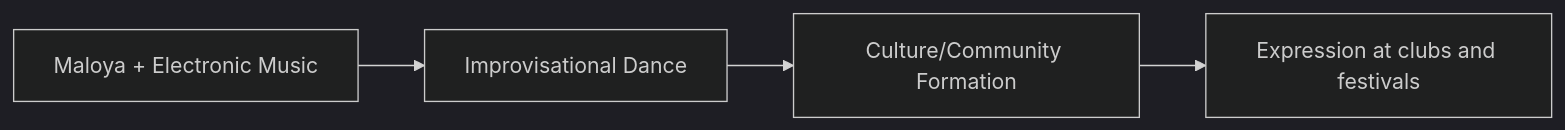
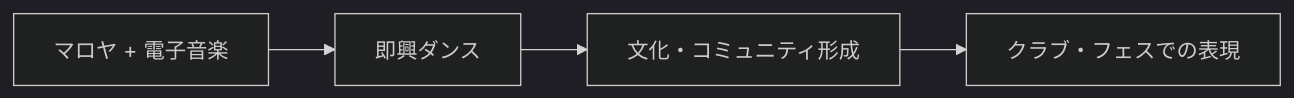
The sixth of 6 diagrams in en/_posts/2025-10-04-Column-Nyege-Nyege.md (monumental-movement/monumental-movement.github.io), drawn with Mermaid (dark theme) before and after one commit. The commit also changed other lines of this file and 1724 other files, not shown here.

```diff
--- a/en/_posts/2025-10-04-Column-Nyege-Nyege.md
+++ b/en/_posts/2025-10-04-Column-Nyege-Nyege.md
@@ -284,7 +285,7 @@
 <div class="mermaid">
 
 flowchart LR
-Music["Maloya + Electronic Music"] --> Dance["Improvisational Dance"]
-Dance --> Community["Culture/Community Formation"]
-Community --> Festivals["Expression at clubs and festivals"]
+    Music["マロヤ + 電子音楽"] --> Dance["即興ダンス"]
+    Dance --> Community["文化・コミュニティ形成"]
+    Community --> Festivals["クラブ・フェスでの表現"]
 </div>
```
